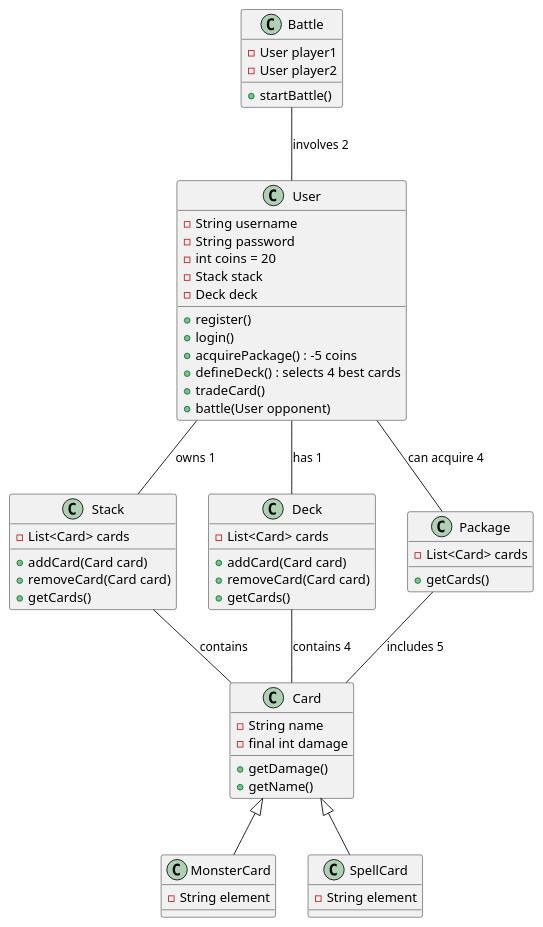
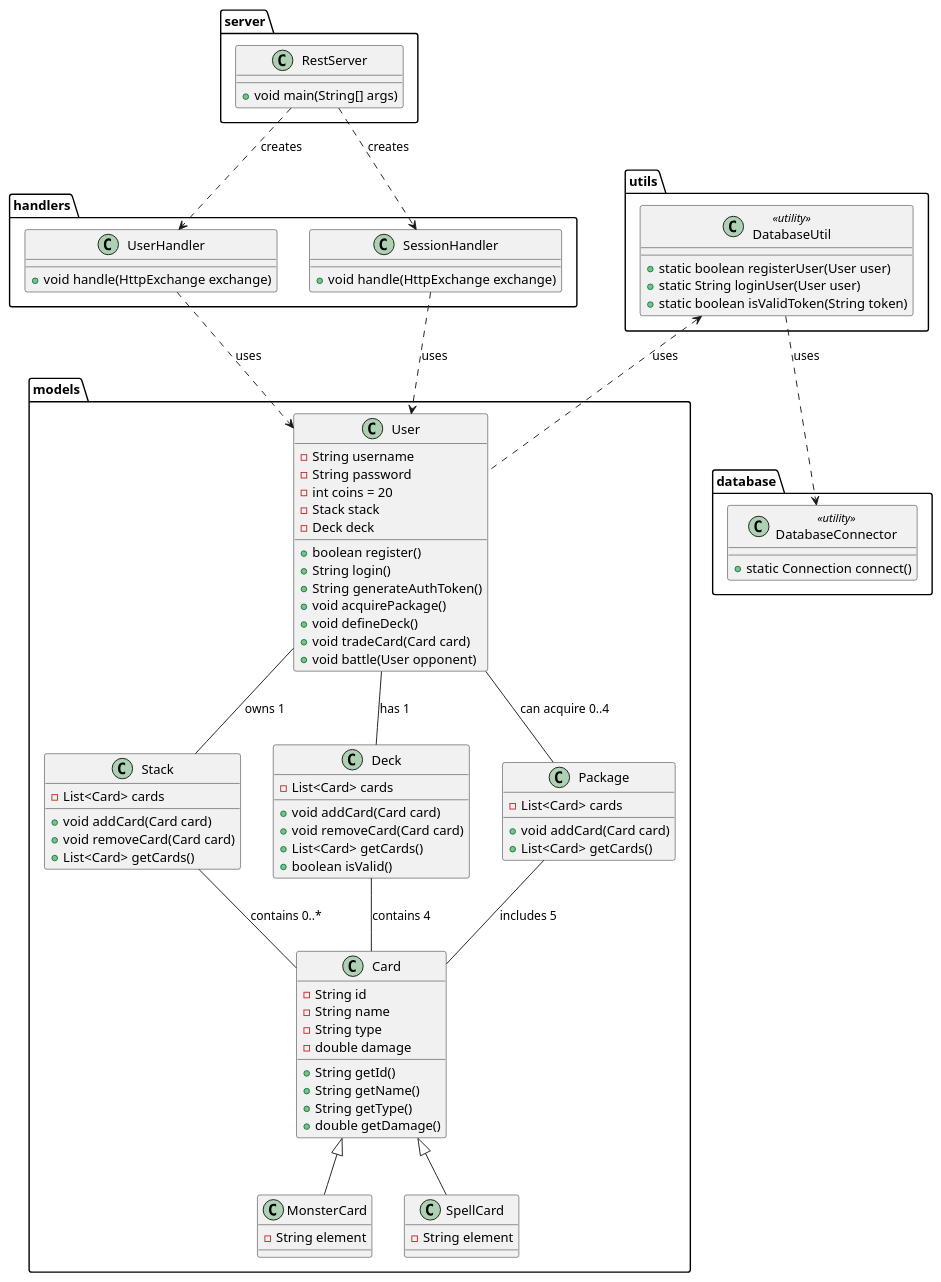
Before and after one commit to if23b017/mtcg-server: the diagram in docs/mctg.puml, drawn with PlantUML. The commit also changed 3 other files, not shown here.

```diff
--- a/docs/mctg.puml
+++ b/docs/mctg.puml
@@ -1,65 +1,104 @@
 @startuml
 
-class User {
-    - String username
-    - String password
-    - int coins = 20
-    - Stack stack
-    - Deck deck
-    + register()
-    + login()
-    + acquirePackage() : -5 coins
-    + defineDeck() : selects 4 best cards
-    + tradeCard()
-    + battle(User opponent)
+package models {
+    class User {
+        - String username
+        - String password
+        - int coins = 20
+        - Stack stack
+        - Deck deck
+        + boolean register()
+        + String login()
+        + String generateAuthToken()
+        + void acquirePackage()
+        + void defineDeck()
+        + void tradeCard(Card card)
+        + void battle(User opponent)
+    }
+
+    class Card {
+        - String id
+        - String name
+        - String type
+        - double damage
+        + String getId()
+        + String getName()
+        + String getType()
+        + double getDamage()
+    }
+
+    class MonsterCard extends Card {
+        - String element
+    }
+
+    class SpellCard extends Card {
+        - String element
+    }
+
+    class Stack {
+        - List<Card> cards
+        + void addCard(Card card)
+        + void removeCard(Card card)
+        + List<Card> getCards()
+    }
+
+    class Deck {
+        - List<Card> cards
+        + void addCard(Card card)
+        + void removeCard(Card card)
+        + List<Card> getCards()
+        + boolean isValid()
+    }
+
+    class Package {
+        - List<Card> cards
+        + void addCard(Card card)
+        + List<Card> getCards()
+    }
 }
 
-class Card {
-    - String name
-    - final int damage
-    + getDamage()
-    + getName()
+package handlers {
+    class UserHandler {
+        + void handle(HttpExchange exchange)
+    }
+
+    class SessionHandler {
+        + void handle(HttpExchange exchange)
+    }
 }
 
-class MonsterCard extends Card {
-    - String element
+package database {
+    class DatabaseConnector <<utility>> {
+        + static Connection connect()
+    }
 }
 
-class SpellCard extends Card {
-    - String element
+package utils {
+    class DatabaseUtil <<utility>> {
+        + static boolean registerUser(User user)
+        + static String loginUser(User user)
+        + static boolean isValidToken(String token)
+    }
 }
 
-class Stack {
-    - List<Card> cards
-    + addCard(Card card)
-    + removeCard(Card card)
-    + getCards()
-}
-
-class Deck {
-    - List<Card> cards
-    + addCard(Card card)
-    + removeCard(Card card)
-    + getCards()
-}
-
-class Package {
-    - List<Card> cards
-    + getCards()
-}
-
-class Battle {
-    - User player1
-    - User player2
-    + startBattle()
+package server {
+    class RestServer {
+        + void main(String[] args)
+    }
 }
 
 User -- Stack : "owns 1"
 User -- Deck : "has 1"
-User -- Package : "can acquire 4"
-Stack -- Card : "contains"
+User -- Package : "can acquire 0..4"
+Stack -- Card : "contains 0..*"
 Deck -- Card : "contains 4"
 Package -- Card : "includes 5"
-Battle -- User : "involves 2"
+UserHandler ..> User : "uses"
+SessionHandler ..> User : "uses"
+
+RestServer ..> UserHandler : "creates"
+RestServer ..> SessionHandler : "creates"
+DatabaseUtil ..> DatabaseConnector : "uses"
+DatabaseUtil <.. User : "uses"
 
 @enduml
```
